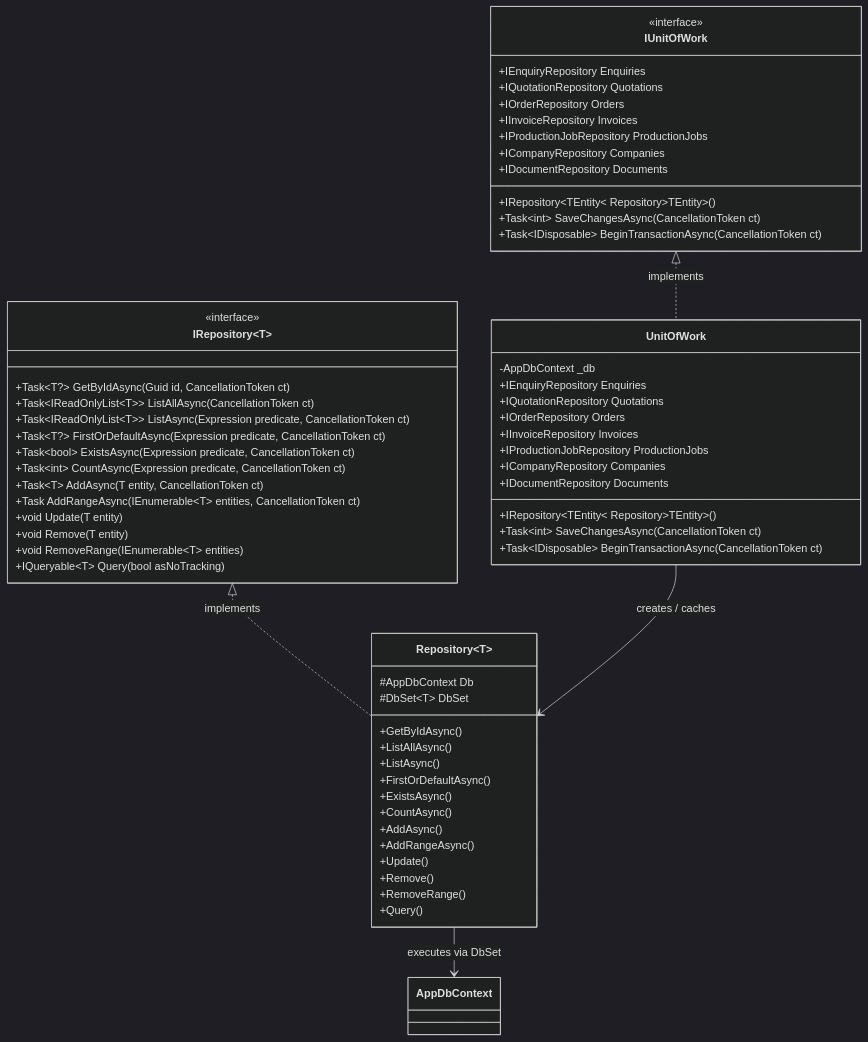
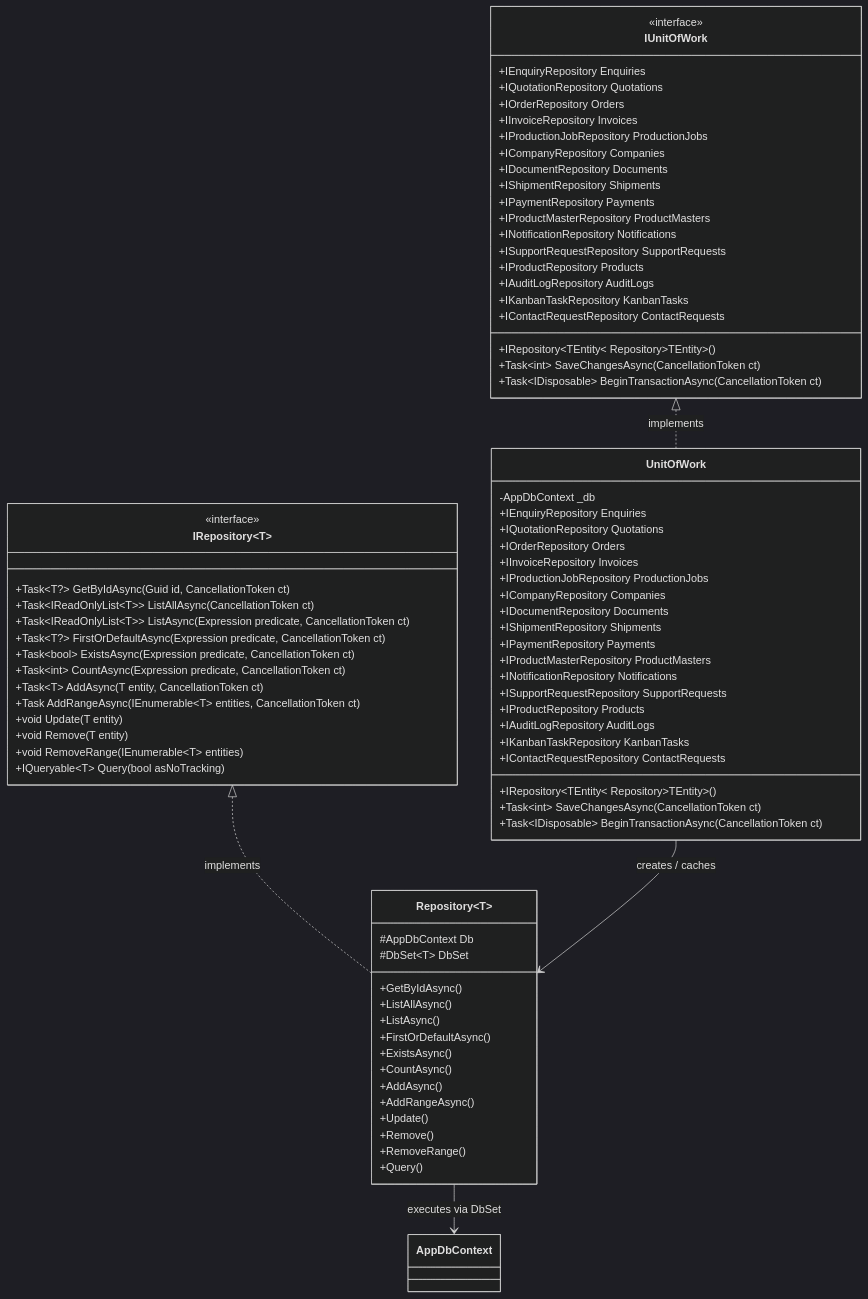
Before and after one commit to RahulBhola/Shakti-Udyog: the second of 12 diagrams in docs/02-technical-architecture-document.md, drawn with Mermaid (dark theme). The commit also changed 23 other files, not shown here.

```diff
--- a/docs/02-technical-architecture-document.md
+++ b/docs/02-technical-architecture-document.md
@@ -138,6 +138,15 @@
         +IProductionJobRepository ProductionJobs
         +ICompanyRepository Companies
         +IDocumentRepository Documents
+        +IShipmentRepository Shipments
+        +IPaymentRepository Payments
+        +IProductMasterRepository ProductMasters
+        +INotificationRepository Notifications
+        +ISupportRequestRepository SupportRequests
+        +IProductRepository Products
+        +IAuditLogRepository AuditLogs
+        +IKanbanTaskRepository KanbanTasks
+        +IContactRequestRepository ContactRequests
         +IRepository~TEntity~ Repository~TEntity~()
         +Task~int~ SaveChangesAsync(CancellationToken ct)
         +Task~IDisposable~ BeginTransactionAsync(CancellationToken ct)
@@ -168,6 +177,15 @@
         +IProductionJobRepository ProductionJobs
         +ICompanyRepository Companies
         +IDocumentRepository Documents
+        +IShipmentRepository Shipments
+        +IPaymentRepository Payments
+        +IProductMasterRepository ProductMasters
+        +INotificationRepository Notifications
+        +ISupportRequestRepository SupportRequests
+        +IProductRepository Products
+        +IAuditLogRepository AuditLogs
+        +IKanbanTaskRepository KanbanTasks
+        +IContactRequestRepository ContactRequests
         +IRepository~TEntity~ Repository~TEntity~()
         +Task~int~ SaveChangesAsync(CancellationToken ct)
         +Task~IDisposable~ BeginTransactionAsync(CancellationToken ct)
```
